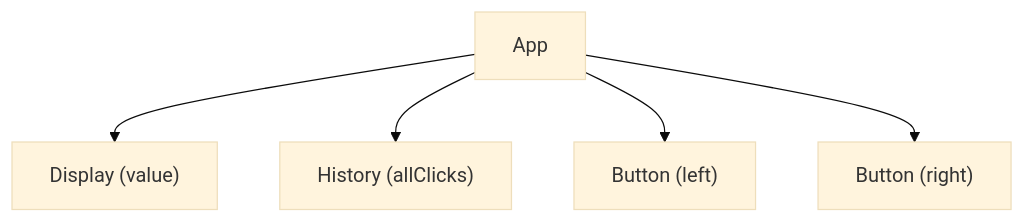
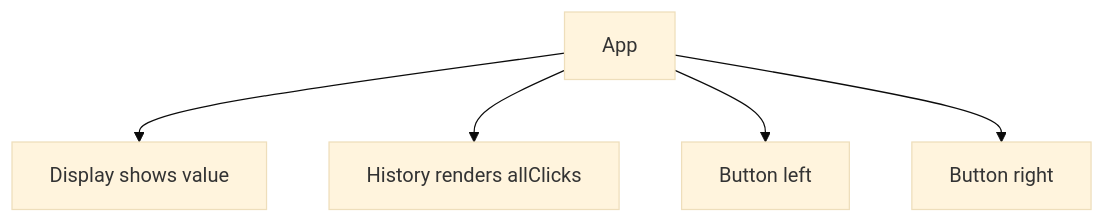
The first of 3 diagrams in part1/d/README.md (itsnothuy/FullStackOpen-Dairy), drawn with Mermaid (base theme) before and after one commit. The commit also changed other lines of this file, not shown here.

````diff
--- a/part1/d/README.md
+++ b/part1/d/README.md
@@ -164,7 +253,7 @@
 ```mermaid
 flowchart TD;
-  App --> Display["Display (value)"];
-  App --> History["History (allClicks)"];
-  App --> BtnL["Button (left)"];
-  App --> BtnR["Button (right)"];
+  App --> Display["Display shows value"];
+  App --> History["History renders allClicks"];
+  App --> BtnL["Button left"];
+  App --> BtnR["Button right"];
 ```
````
